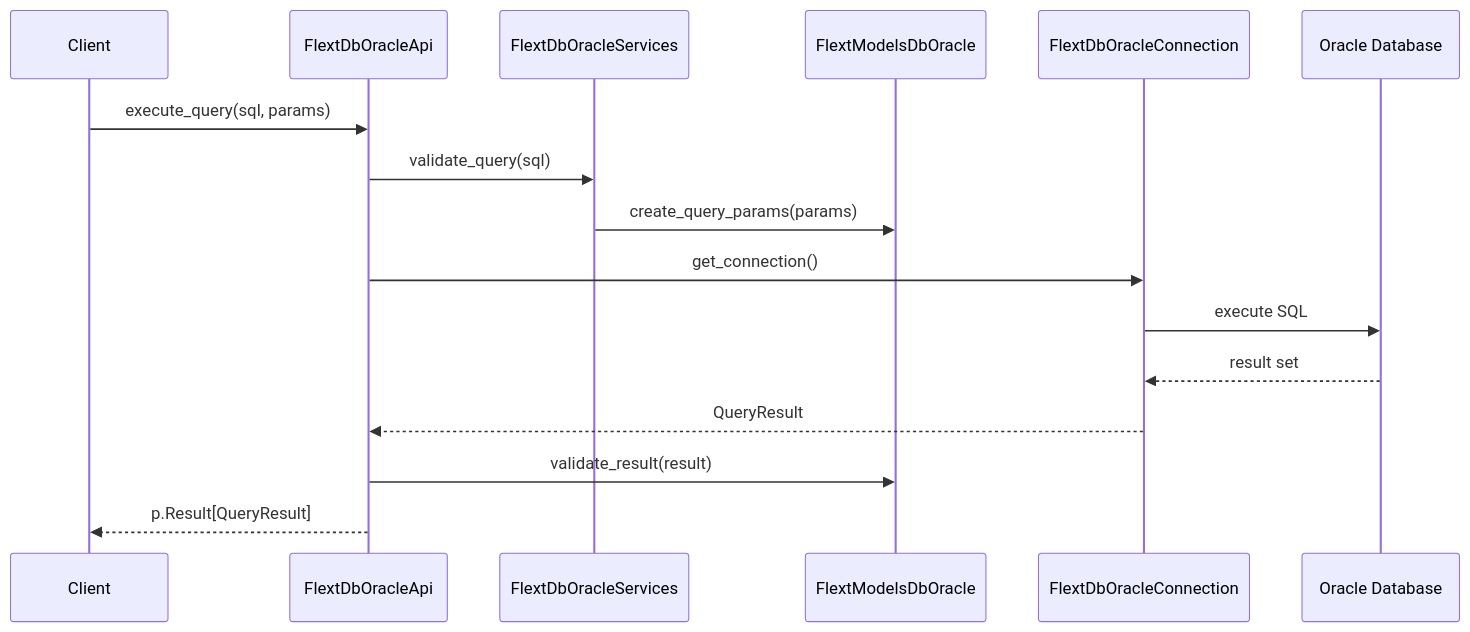
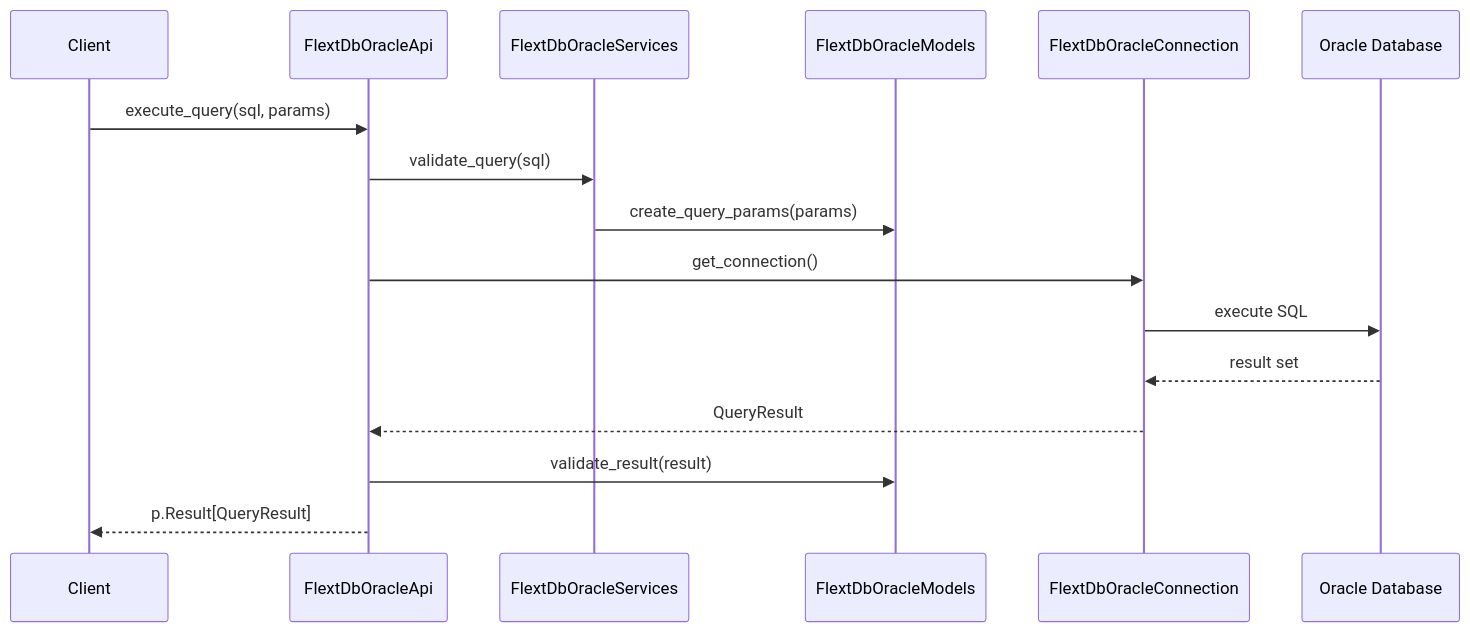
Before and after one commit to flext-sh/flext-db-oracle: the second of 4 diagrams in docs/architecture/c4-components.md, drawn with Mermaid. The commit also changed other lines of this file and 46 other files, not shown here.

````diff
--- a/docs/architecture/c4-components.md
+++ b/docs/architecture/c4-components.md
@@ -363,19 +363,19 @@
 ```mermaid
 sequenceDiagram
     participant Client
     participant API as FlextDbOracleApi
     participant Services as FlextDbOracleServices
-    participant Models as FlextModelsDbOracle
+    participant Models as FlextDbOracleModels
     participant Connection as FlextDbOracleConnection
     participant Oracle as Oracle Database
 
     Client->>API: execute_query(sql, params)
     API->>Services: validate_query(sql)
     Services->>Models: create_query_params(params)
     API->>Connection: get_connection()
     Connection->>Oracle: execute SQL
     Oracle-->>Connection: result set
     Connection-->>API: QueryResult
     API->>Models: validate_result(result)
     API-->>Client: p.Result[QueryResult]
 ```
````
